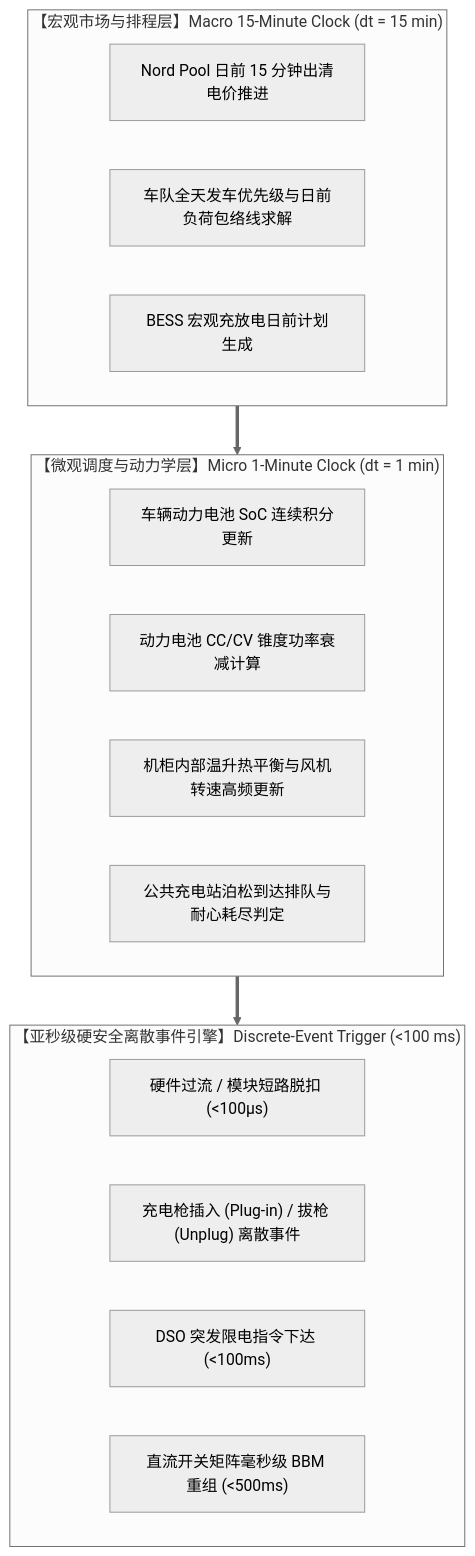
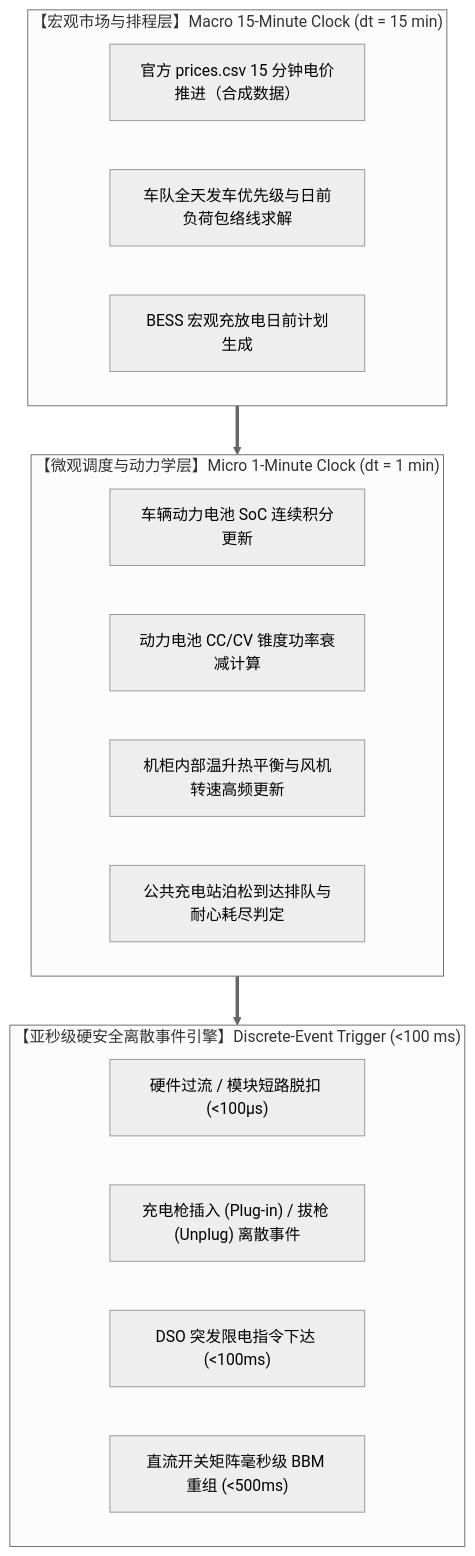
The seventh of 7 diagrams in Kempower_Self_Operating_Network_Comprehensive_Survey.md (wzs39/kempower-self-operating-network), drawn with Mermaid (neutral theme) before and after one commit. The commit also changed other lines of this file and 60 other files, not shown here.

````diff
--- a/Kempower_Self_Operating_Network_Comprehensive_Survey.md
+++ b/Kempower_Self_Operating_Network_Comprehensive_Survey.md
@@ -651,25 +651,25 @@
 ```mermaid
 graph TD
     subgraph MacroClock["【宏观市场与排程层】Macro 15-Minute Clock (dt = 15 min)"]
-        M1["Nord Pool 日前 15 分钟出清电价推进"]
+        M1["官方 prices.csv 15 分钟电价推进（合成数据）"]
         M2["车队全天发车优先级与日前负荷包络线求解"]
         M3["BESS 宏观充放电日前计划生成"]
     end
 
     subgraph MicroClock["【微观调度与动力学层】Micro 1-Minute Clock (dt = 1 min)"]
         U1["车辆动力电池 SoC 连续积分更新"]
         U2["动力电池 CC/CV 锥度功率衰减计算"]
         U3["机柜内部温升热平衡与风机转速高频更新"]
         U4["公共充电站泊松到达排队与耐心耗尽判定"]
     end
 
     subgraph EventClock["【亚秒级硬安全离散事件引擎】Discrete-Event Trigger (<100 ms)"]
         E1["硬件过流 / 模块短路脱扣 (<100μs)"]
         E2["充电枪插入 (Plug-in) / 拔枪 (Unplug) 离散事件"]
         E3["DSO 突发限电指令下达 (<100ms)"]
         E4["直流开关矩阵毫秒级 BBM 重组 (<500ms)"]
     end
 
     MacroClock ==> MicroClock
     MicroClock ==> EventClock
 ```
````
